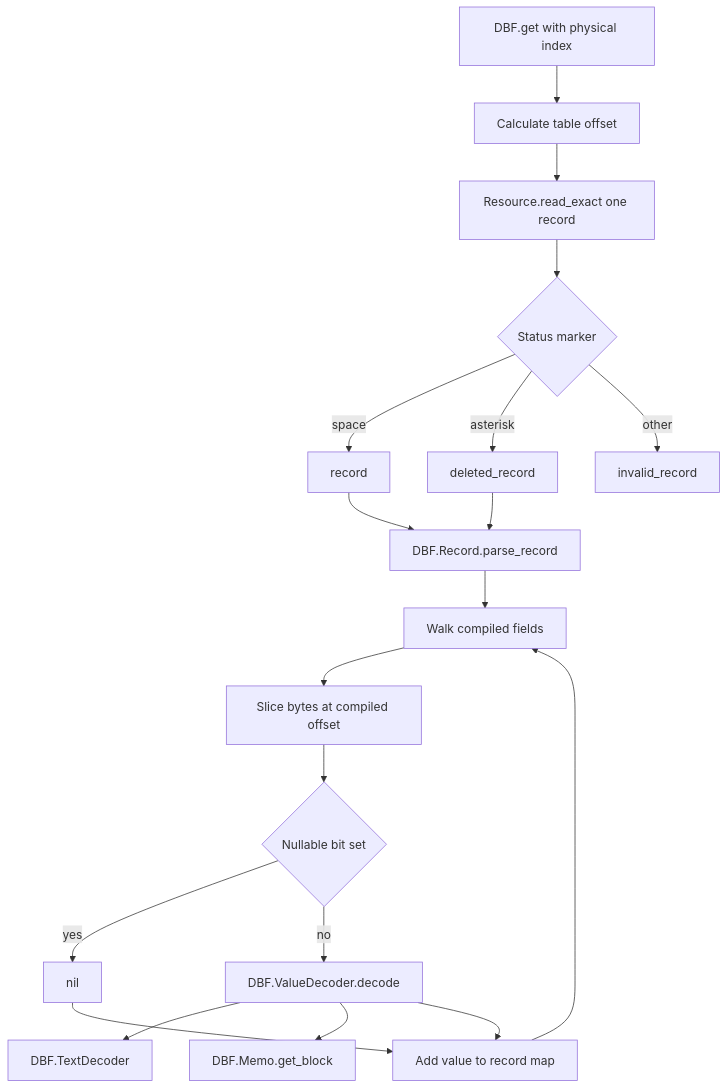
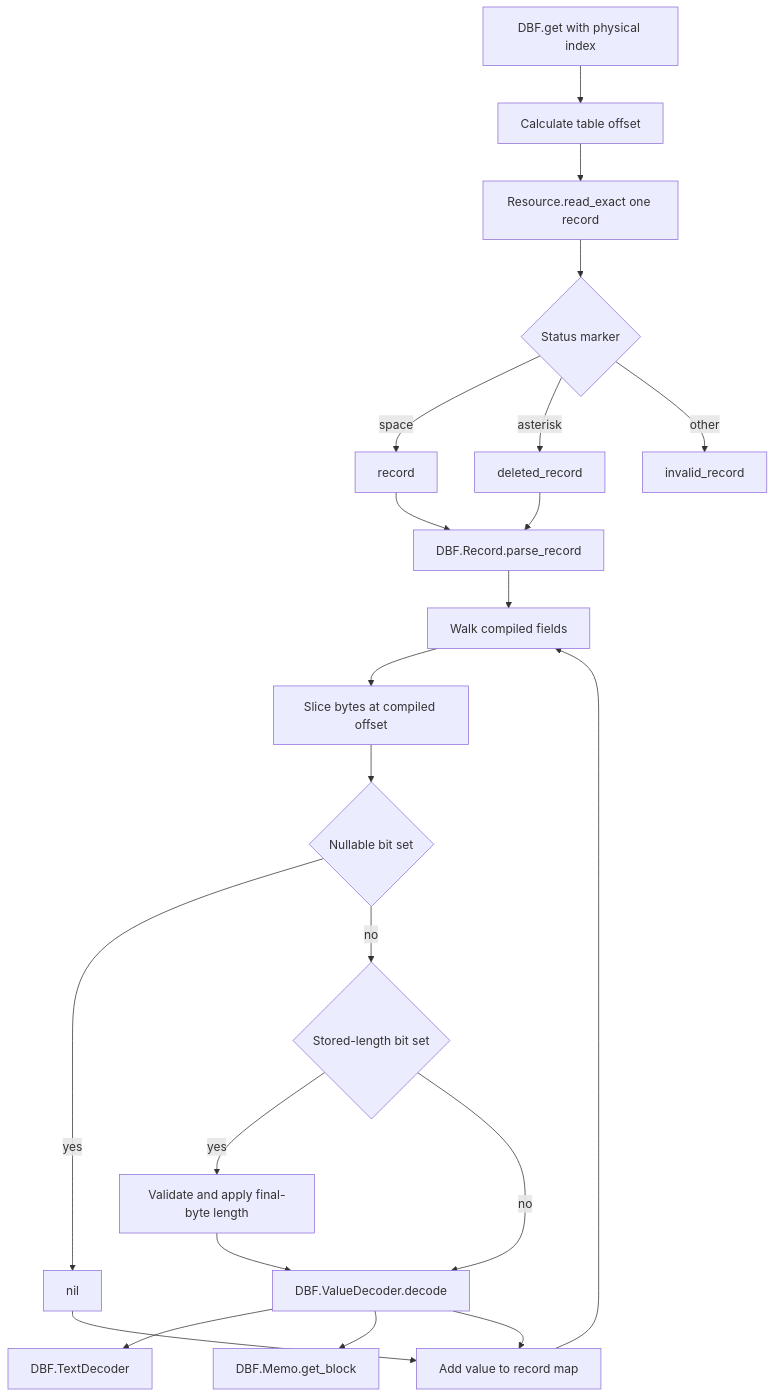
Before and after one commit to JonGretar/DBFex: the third of 3 diagrams in docs/Architecture.md, drawn with Mermaid. The commit also changed other lines of this file and 16 other files, not shown here.

````diff
--- a/docs/Architecture.md
+++ b/docs/Architecture.md
@@ -342,21 +344,24 @@
 ```mermaid
 flowchart TD
     Get[DBF.get with physical index] --> Offset[Calculate table offset]
     Offset --> Read[Resource.read_exact one record]
     Read --> Marker{Status marker}
     Marker -->|space| Active[record]
     Marker -->|asterisk| Deleted[deleted_record]
     Marker -->|other| MarkerError[invalid_record]
     Active --> Parse[DBF.Record.parse_record]
     Deleted --> Parse
     Parse --> Fields[Walk compiled fields]
     Fields --> Slice[Slice bytes at compiled offset]
     Slice --> Null{Nullable bit set}
     Null -->|yes| NullValue[nil]
-    Null -->|no| Decode[DBF.ValueDecoder.decode]
+    Null -->|no| Length{Stored-length bit set}
+    Length -->|yes| Resize[Validate and apply final-byte length]
+    Length -->|no| Decode[DBF.ValueDecoder.decode]
+    Resize --> Decode
     Decode --> Text[DBF.TextDecoder]
     Decode --> Memo[DBF.Memo.get_block]
     Decode --> Result[Add value to record map]
     NullValue --> Result
     Result --> Fields
 ```
````
